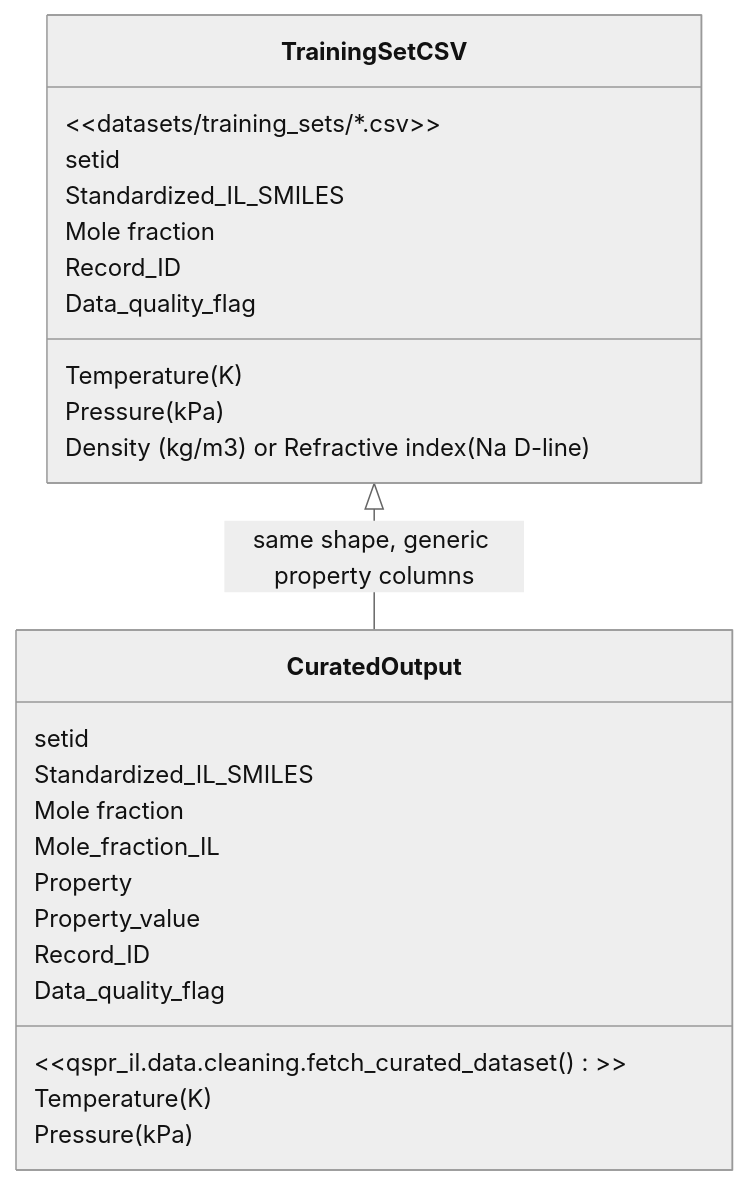
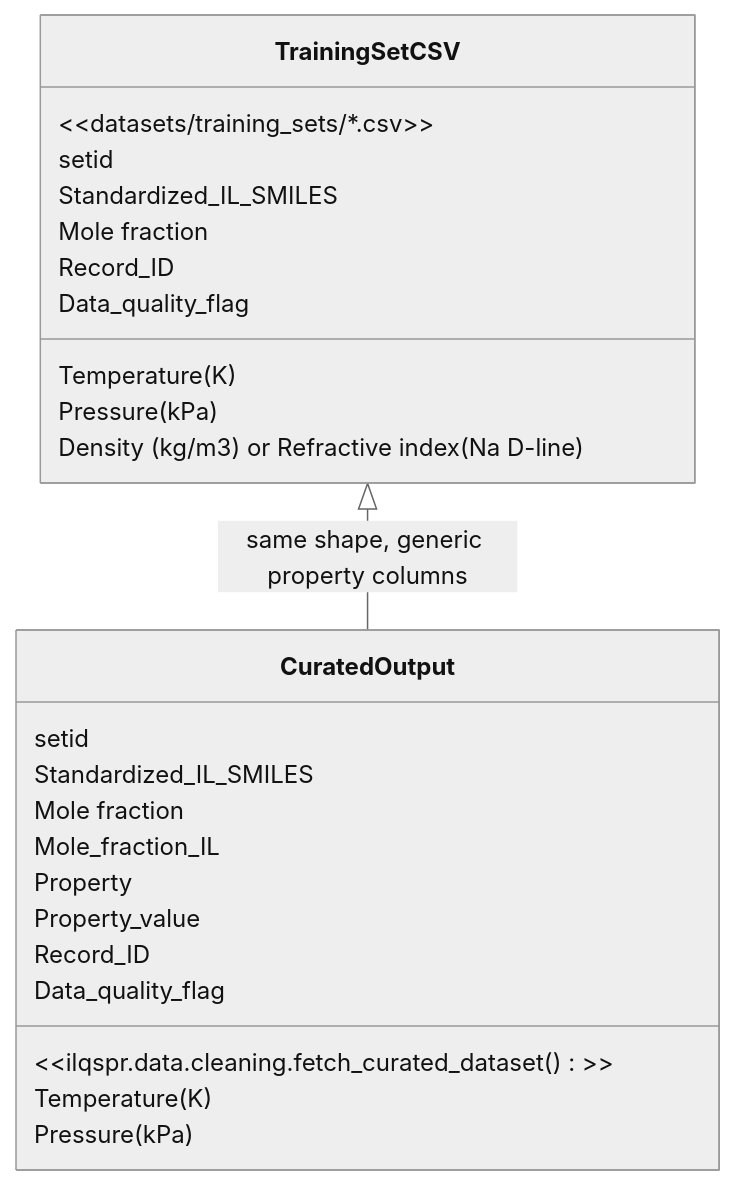
One commit to kammmran/qspr-il-density-refractive-index changed the diagram in docs/data.rst. Above: the diagram before and after it, drawn with Mermaid (neutral theme). The commit also changed other lines of this file and 25 other files, not shown here.

Commit message:
qspr_il replaced with ilqspr

```diff
--- a/docs/data.rst
+++ b/docs/data.rst
@@ -127,28 +127,28 @@
 .. mermaid::
 
    classDiagram
        class TrainingSetCSV {
            &lt;&lt;datasets/training_sets/*.csv&gt;&gt;
            setid
            Standardized_IL_SMILES
            Temperature (K)
            Pressure (kPa)
            Mole fraction
            Density (kg/m3) or Refractive index (Na D-line)
            Record_ID
            Data_quality_flag
        }
        class CuratedOutput {
-           &lt;&lt;qspr_il.data.cleaning.fetch_curated_dataset()&gt;&gt;
+           &lt;&lt;ilqspr.data.cleaning.fetch_curated_dataset()&gt;&gt;
            setid
            Standardized_IL_SMILES
            Temperature (K)
            Pressure (kPa)
            Mole fraction
            Mole_fraction_IL
            Property
            Property_value
            Record_ID
            Data_quality_flag
        }
        TrainingSetCSV <|-- CuratedOutput : same shape, generic property columns
```
